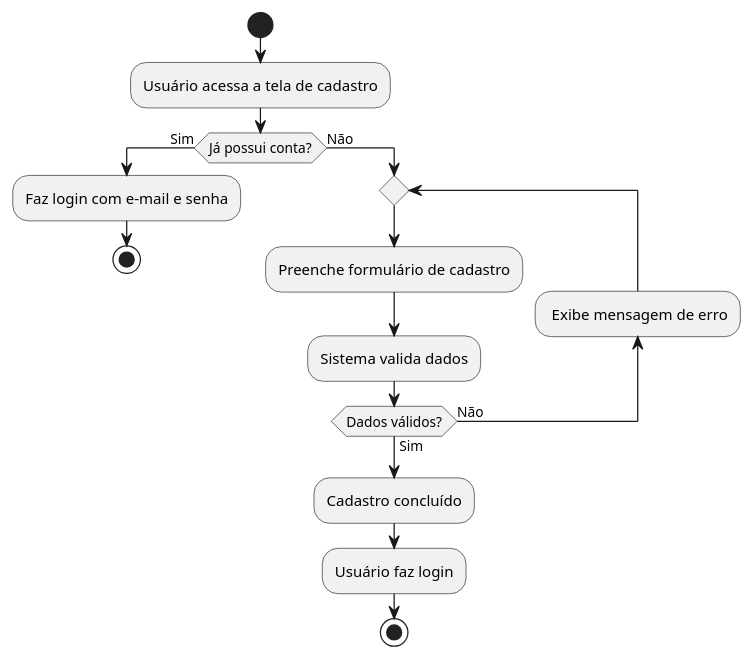
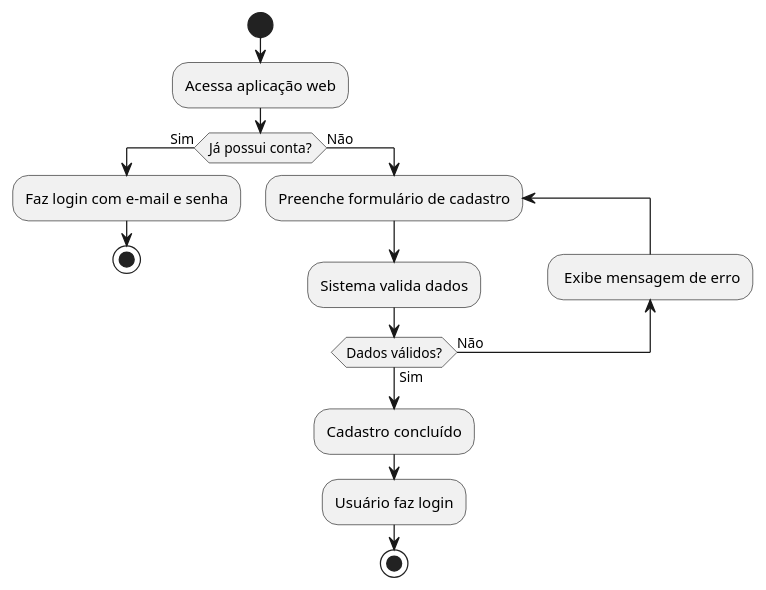
The diagram in docs/diagrams/activity/UserRegister.puml (bruflor/comercio-vizinho), drawn with PlantUML before and after one commit.

Commit message:
Fixing repeat

```diff
--- a/docs/diagrams/activity/UserRegister.puml
+++ b/docs/diagrams/activity/UserRegister.puml
@@ -1,17 +1,16 @@
 @startuml
 start
-:Usuário acessa a tela de cadastro;
+:Acessa aplicação web;
 if (Já possui conta?) then (Sim)
   :Faz login com e-mail e senha;
   stop
 else (Não)
-repeat
-  :Preenche formulário de cadastro;
+repeat :Preenche formulário de cadastro;
   :Sistema valida dados;
   backward: Exibe mensagem de erro;
  repeat while (Dados válidos?) is (Não) not (Sim)
     :Cadastro concluído;
     :Usuário faz login;
     stop
   endif
 @enduml
```
